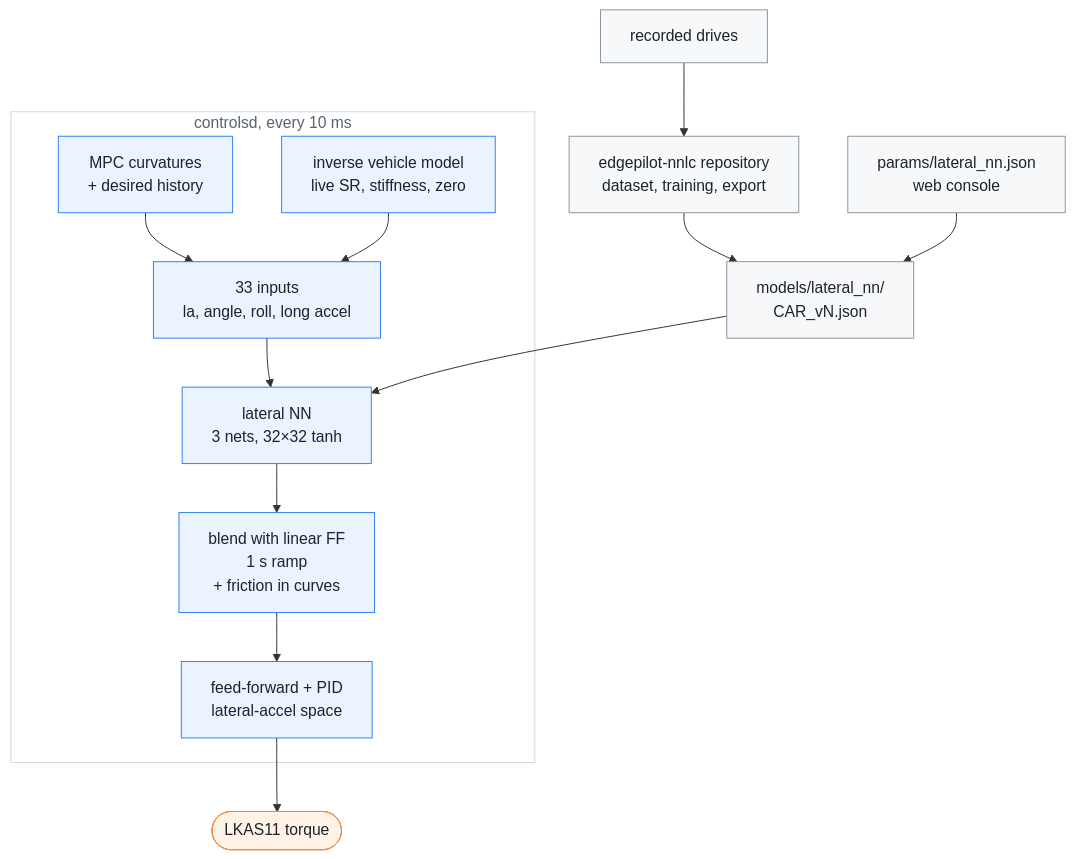
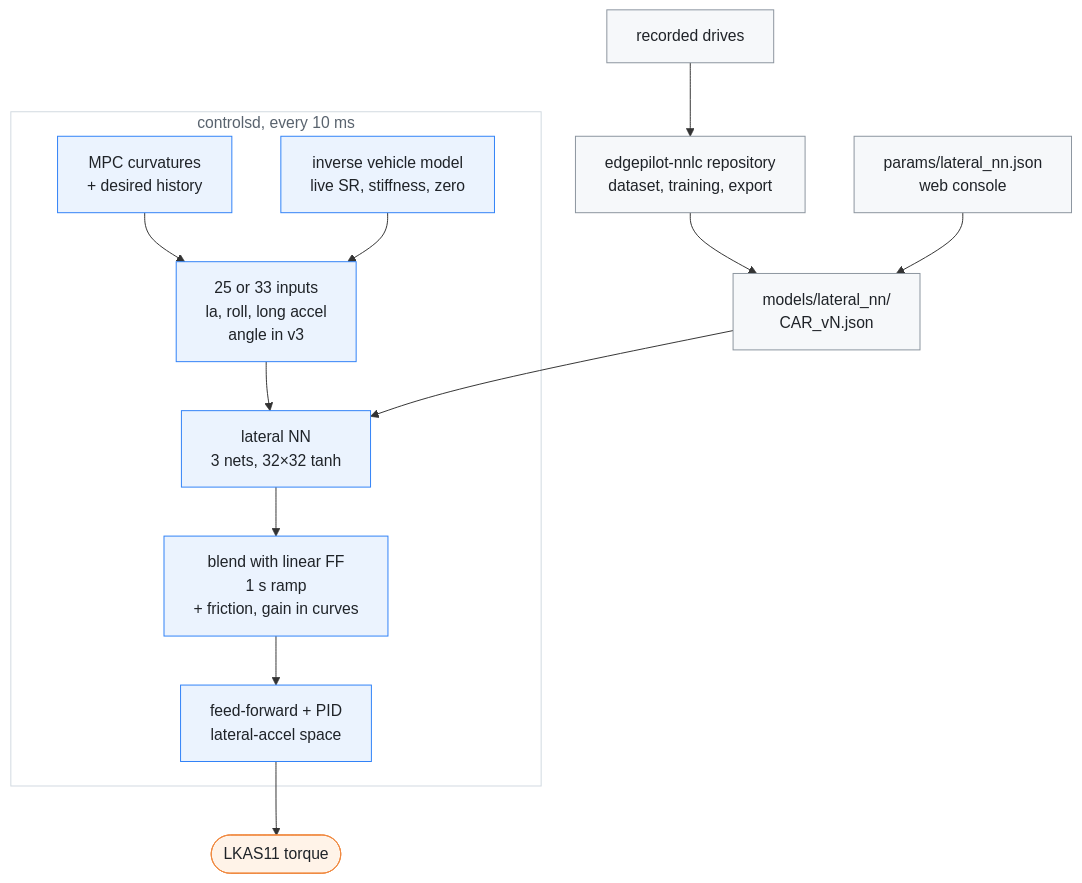
Before and after one commit to Deggory/edgepilot: the diagram in docs/lateral-nn.md, drawn with Mermaid. The commit also changed other lines of this file and 17 other files, not shown here.

````diff
--- a/docs/lateral-nn.md
+++ b/docs/lateral-nn.md
@@ -16,23 +16,23 @@
 ```mermaid
 flowchart TB
     rec["recorded drives"] --> train["edgepilot-nnlc repository<br>dataset, training, export"]
     train --> file["models/lateral_nn/<br>CAR_vN.json"]
     choice["params/lateral_nn.json<br>web console"] --> file
     subgraph ctl["controlsd, every 10 ms"]
-        plan["MPC curvatures<br>+ desired history"] --> inputs["33 inputs<br>la, angle, roll, long accel"]
+        plan["MPC curvatures<br>+ desired history"] --> inputs["25 or 33 inputs<br>la, roll, long accel<br>angle in v3"]
         vm["inverse vehicle model<br>live SR, stiffness, zero"] --> inputs
         inputs --> nn["lateral NN<br>3 nets, 32×32 tanh"]
-        nn --> blend["blend with linear FF<br>1 s ramp<br>+ friction in curves"]
+        nn --> blend["blend with linear FF<br>1 s ramp<br>+ friction, gain in curves"]
         blend --> pid["feed-forward + PID<br>lateral-accel space"]
     end
     file --> nn
     pid --> lkas(["LKAS11 torque"])
     classDef compute fill:#ebf3fe,stroke:#2f81f7,color:#1f2328
     classDef proc fill:#f6f8fa,stroke:#8b949e,color:#1f2328
     classDef external fill:#fff3e8,stroke:#f0883e,color:#1f2328
     classDef group fill:#ffffff,stroke:#d1d9e0,color:#59636e
     class ctl group
     class plan,vm,inputs,nn,blend,pid compute
     class rec,train,file,choice proc
     class lkas external
 ```
````
